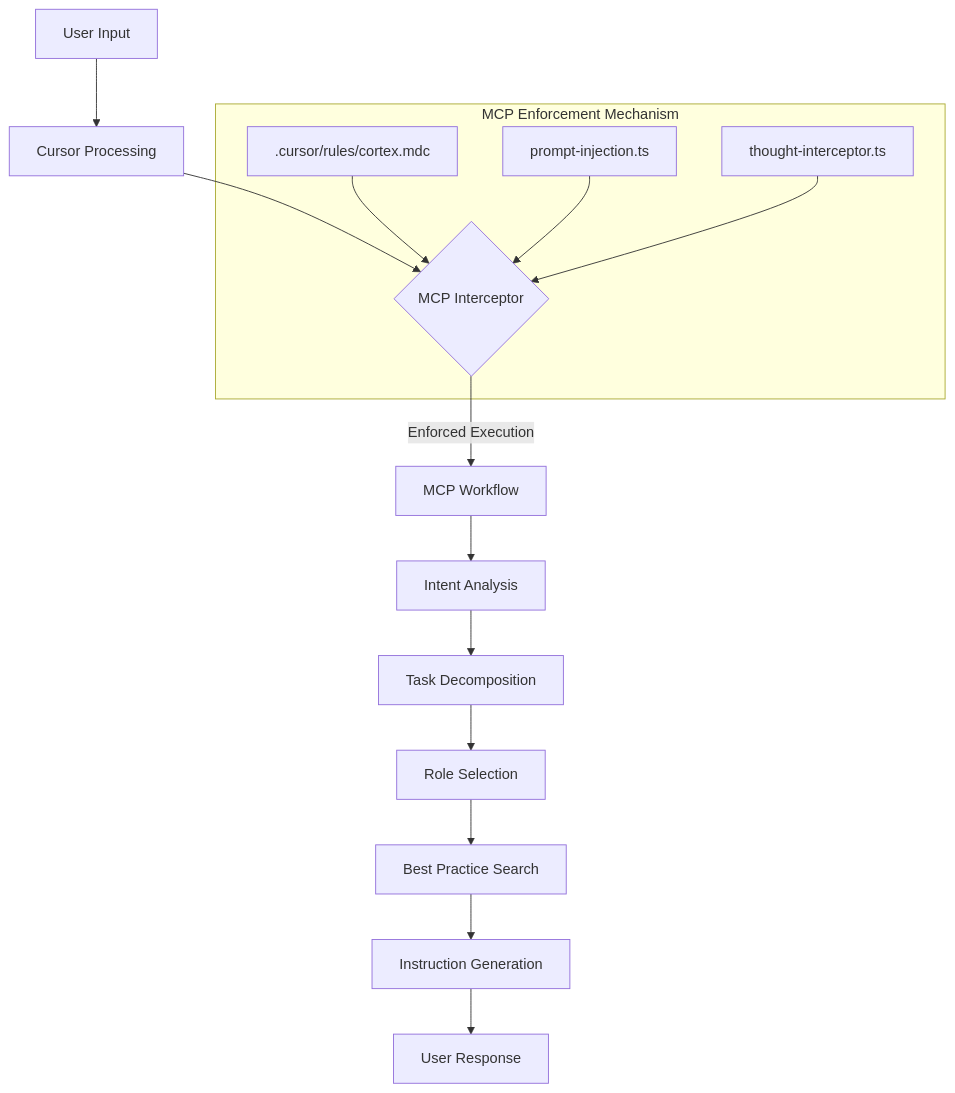
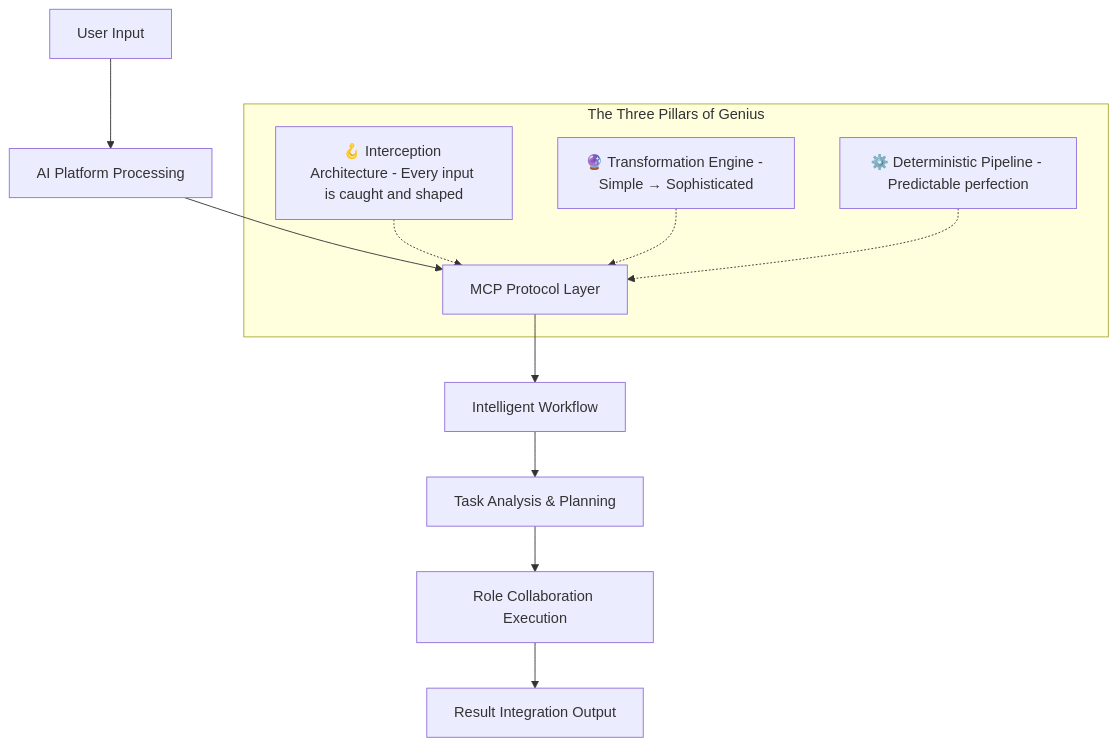
The first of 2 diagrams in README.md (RikaiDev/cortex), drawn with Mermaid before and after one commit. The commit also changed other lines of this file and 27 other files, not shown here.

````diff
--- a/README.md
+++ b/README.md
@@ -79,23 +93,20 @@
 ```mermaid
 graph TD
-    A[User Input] --> B[Cursor Processing]
-    B --> C{MCP Interceptor}
-    C -->|Enforced Execution| D[MCP Workflow]
-    D --> E[Intent Analysis]
-    E --> F[Task Decomposition]
-    F --> G[Role Selection]
-    G --> H[Best Practice Search]
-    H --> I[Instruction Generation]
-    I --> J[User Response]
+    A[User Input] --> B[AI Platform Processing]
+    B --> C[MCP Protocol Layer]
+    C --> D[Intelligent Workflow]
+    D --> E[Task Analysis & Planning]
+    E --> F[Role Collaboration Execution]
+    F --> G[Result Integration Output]
 
-    subgraph "MCP Enforcement Mechanism"
-    C
-    K[.cursor/rules/cortex.mdc]
-    L[prompt-injection.ts]
-    M[thought-interceptor.ts]
+    subgraph "The Three Pillars of Genius"
+        C
+        H[🪝 Interception Architecture - Every input is caught and shaped]
+        I[🔮 Transformation Engine - Simple → Sophisticated]
+        J[⚙️ Deterministic Pipeline - Predictable perfection]
     end
 
-    K --> C
-    L --> C
-    M --> C
+    H -.-> C
+    I -.-> C
+    J -.-> C
 ```
````
